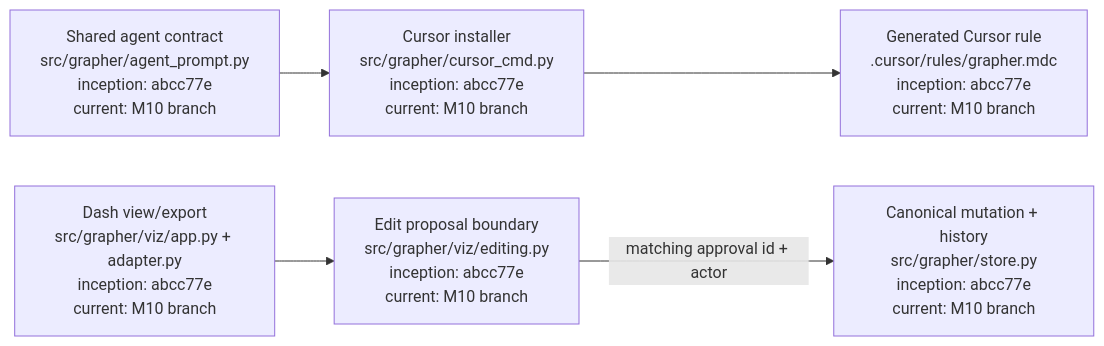
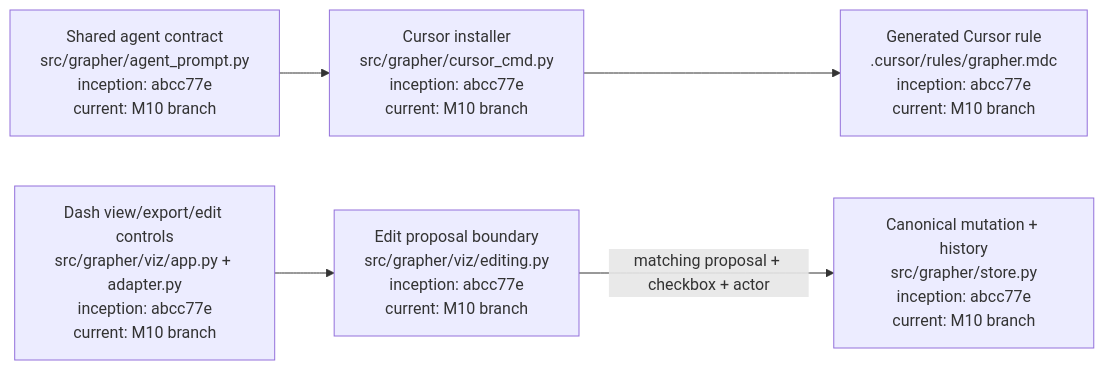
One commit to seanbman/grapher changed the first of 3 diagrams in docs/M10_CURSOR_DASH_EDITING.md. Above: the diagram before and after it, drawn with Mermaid. The commit also changed other lines of this file, not shown here.

Commit message:
docs: document wired Dash approval flow

````diff
--- a/docs/M10_CURSOR_DASH_EDITING.md
+++ b/docs/M10_CURSOR_DASH_EDITING.md
@@ -7,13 +7,13 @@
 ```mermaid
 flowchart LR
     CONTRACT["Shared agent contract\nsrc/grapher/agent_prompt.py\ninception: abcc77e\ncurrent: M10 branch"]
     CURSOR["Cursor installer\nsrc/grapher/cursor_cmd.py\ninception: abcc77e\ncurrent: M10 branch"]
     RULE["Generated Cursor rule\n.cursor/rules/grapher.mdc\ninception: abcc77e\ncurrent: M10 branch"]
-    DASH["Dash view/export\nsrc/grapher/viz/app.py + adapter.py\ninception: abcc77e\ncurrent: M10 branch"]
+    DASH["Dash view/export/edit controls\nsrc/grapher/viz/app.py + adapter.py\ninception: abcc77e\ncurrent: M10 branch"]
     PREVIEW["Edit proposal boundary\nsrc/grapher/viz/editing.py\ninception: abcc77e\ncurrent: M10 branch"]
     STORE["Canonical mutation + history\nsrc/grapher/store.py\ninception: abcc77e\ncurrent: M10 branch"]
 
     CONTRACT --> CURSOR --> RULE
     DASH --> PREVIEW
-    PREVIEW -->|matching approval id + actor| STORE
+    PREVIEW -->|matching proposal + checkbox + actor| STORE
 ```
````
